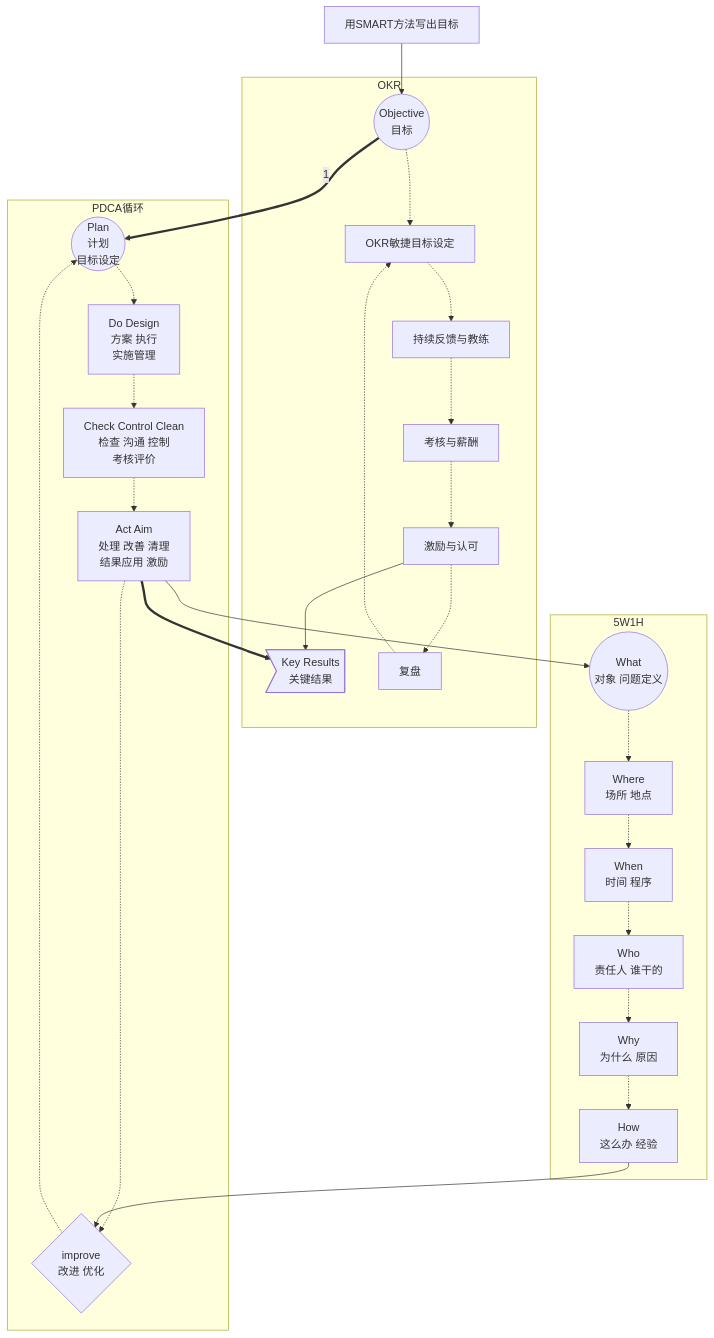
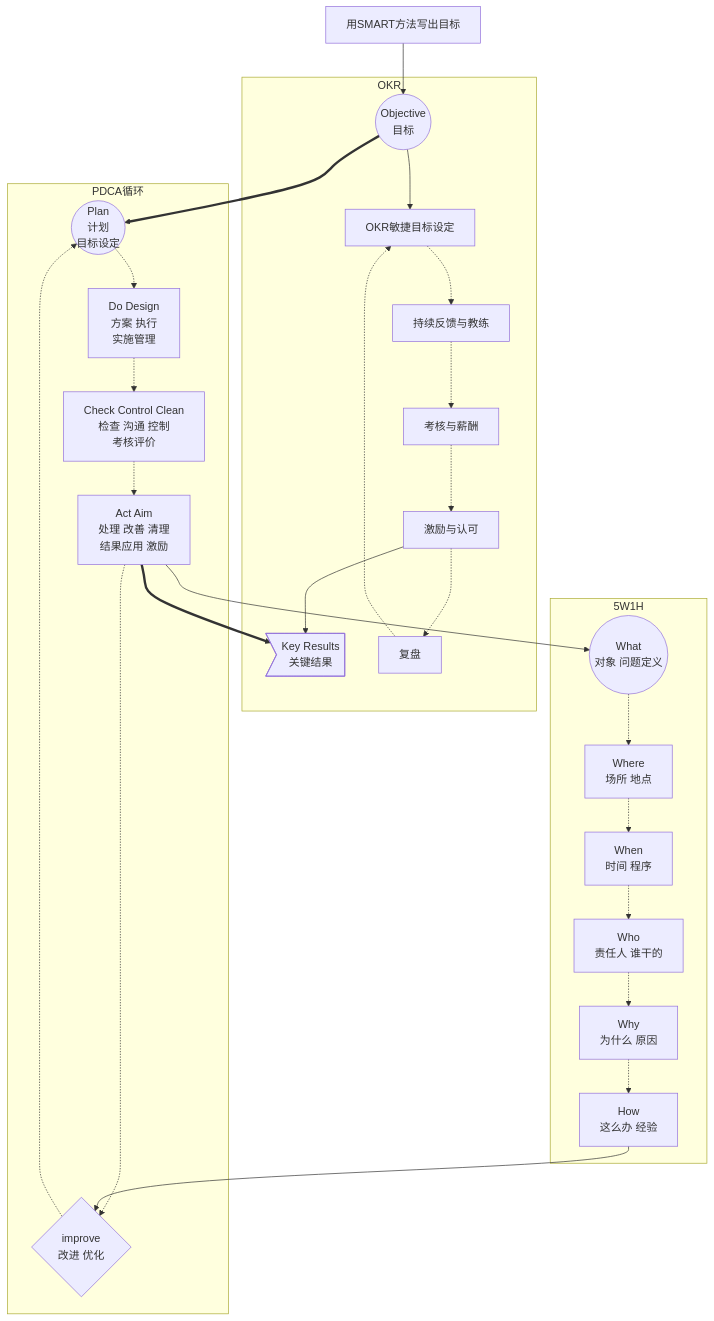
The first of 3 diagrams in Tao/Manage/OKR.md (wxyClark/wxyClark.note), drawn with Mermaid before and after one commit. The commit also changed other lines of this file, not shown here.

````diff
--- a/Tao/Manage/OKR.md
+++ b/Tao/Manage/OKR.md
@@ -8,42 +10,41 @@
 ```mermaid
 graph TD
 
-        O ==1==> P 
+        O ==> P 
         A ==> KRs
         
     subgraph PDCA循环
         P((Plan<br>计划 <br>目标设定)) -.-> D  
         D[Do Design<br>方案 执行<br>实施管理] -.-> C
         C[Check Control Clean <br>检查 沟通 控制<br>考核评价] -.-> A
         A[Act Aim<br>处理 改善 清理<br>结果应用 激励]-.-> R1
         
         R1{improve<br>改进 优化}-.-> P
     end
     
         A --> W1
         H -->R1
-
         SMART[用SMART方法写出目标] --> O 
 
     subgraph OKR
         
-        O((Objective<br>目标))-.-> O1[OKR敏捷目标设定]
+        O((Objective<br>目标))--> O1[OKR敏捷目标设定]
         O1-.->O2[持续反馈与教练]
         O2-.->O3[考核与薪酬]
         O3-.->O4[激励与认可]
         O4--> KRs>Key Results<br>关键结果]
 
         Review[复盘]
 
         O4-.->Review-.->O1
     end
 
     subgraph 5W1H
         W1((What<br>对象 问题定义))-.->W2
         W2[Where<br>场所 地点]-.->W3
         W3[When<br>时间 程序]-.->W4
         W4[Who<br>责任人 谁干的]-.->W5
         W5[Why<br>为什么 原因]-.->H
         H[How<br>这么办 经验]
     end
 ```
````
